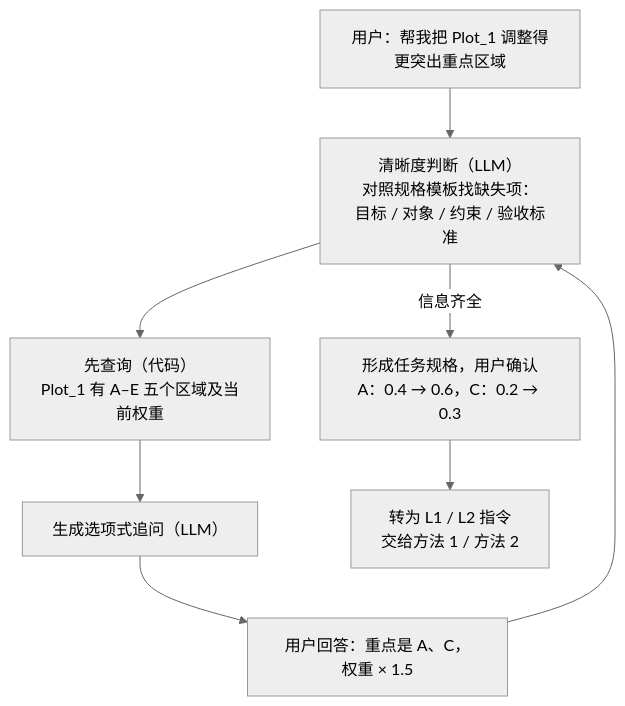
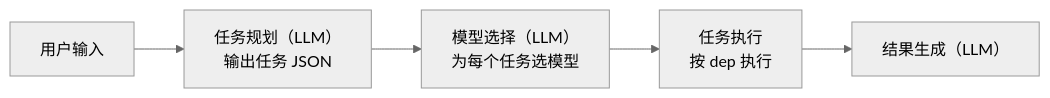
One commit to tobestrongest/HelloWorld changed the fifth of 7 diagrams in docs/nl-to-executable-task.md. Above: the diagram before and after it, drawn with Mermaid (neutral theme). The commit also changed other lines of this file, not shown here.

````diff
--- a/docs/nl-to-executable-task.md
+++ b/docs/nl-to-executable-task.md
@@ -322,10 +156,7 @@
 ```mermaid
-flowchart TD
-    U["用户：帮我把 Plot_1 调整得更突出重点区域"] --> J["清晰度判断（LLM）<br/>对照规格模板找缺失项：<br/>目标 / 对象 / 约束 / 验收标准"]
-    J --> Q1["先查询（代码）<br/>Plot_1 有 A–E 五个区域及当前权重"]
-    Q1 --> A["生成选项式追问（LLM）"]
-    A --> U2["用户回答：重点是 A、C，权重 × 1.5"]
-    U2 --> J
-    J -- 信息齐全 --> SP["形成任务规格，用户确认<br/>A：0.4 → 0.6，C：0.2 → 0.3"]
-    SP --> L["转为 L1 / L2 指令<br/>交给方法 1 / 方法 2"]
+flowchart LR
+    U["用户输入"] --> P["任务规划（LLM）<br/>输出任务 JSON"]
+    P --> M["模型选择（LLM）<br/>为每个任务选模型"]
+    M --> E["任务执行<br/>按 dep 执行"]
+    E --> R["结果生成（LLM）"]
 ```
````
